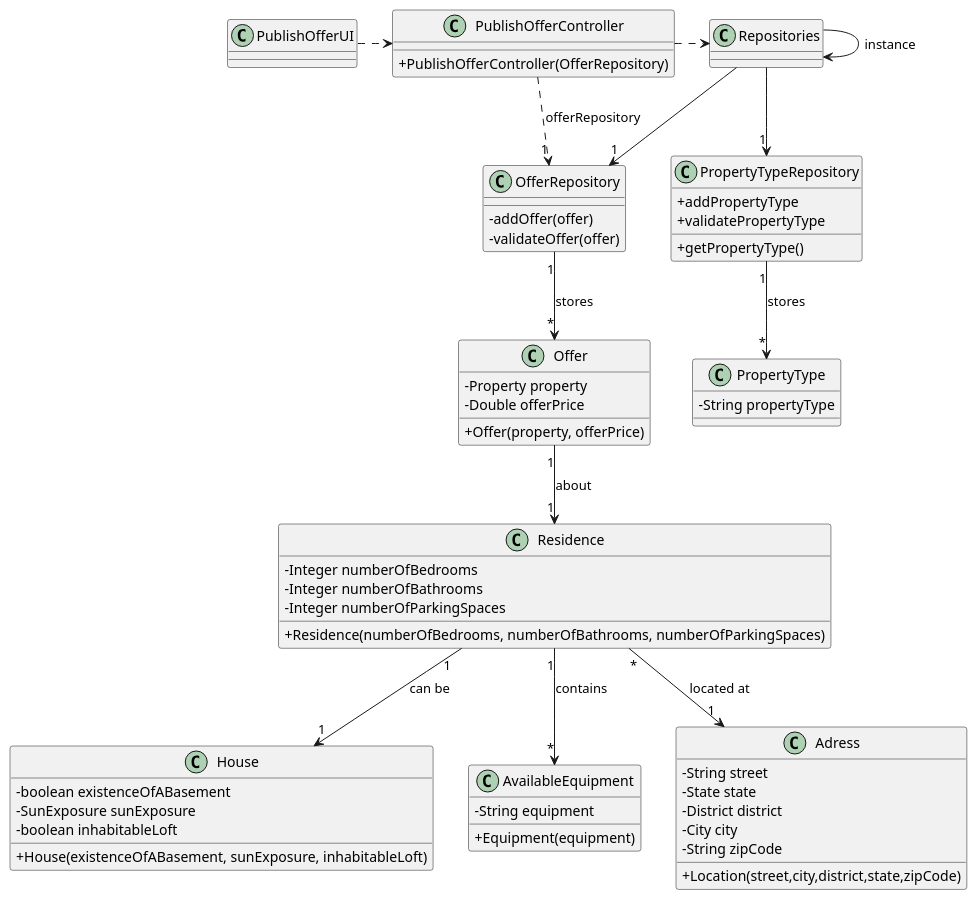
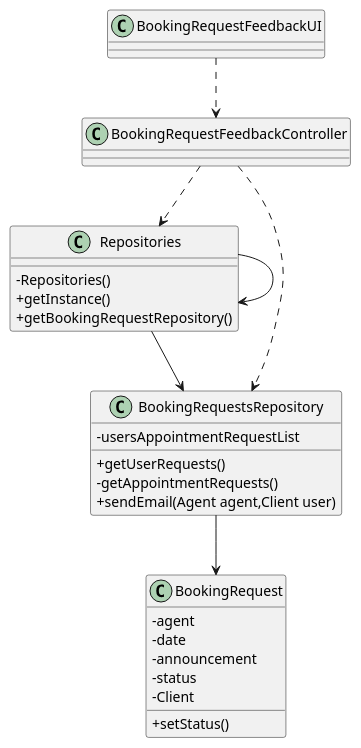
Before and after one commit to 1220812/LAPR2: the diagram in docs/sprintD/us020/03.design/puml/us020-class-diagram.puml, drawn with PlantUML. The commit also changed 4 other files, not shown here.

```diff
--- a/docs/sprintD/us020/03.design/puml/us020-class-diagram.puml
+++ b/docs/sprintD/us020/03.design/puml/us020-class-diagram.puml
@@ -1,88 +1,59 @@
 @startuml
 'skinparam monochrome true
 skinparam packageStyle rectangle
 skinparam shadowing false
 skinparam linetype polyline
 skinparam linetype orto
 
 skinparam classAttributeIconSize 0
 
 'left to right direction
 
-class Offer {
-    - Property property
-    - Double offerPrice
-    + Offer(property, offerPrice)
+
+class BookingRequestFeedbackController {
 }
 
-class OfferRepository {
-    - addOffer(offer)
-    - validateOffer(offer)
+
+class Repositories{
+    - Repositories()
+    + getInstance()
+    + getBookingRequestRepository()
 }
 
-class PublishOfferController {
-    + PublishOfferController(OfferRepository)
+class BookingRequestsRepository{
++getUserRequests()
+-getAppointmentRequests()
++sendEmail(Agent agent,Client user)
+-usersAppointmentRequestList
 }
-
-class Residence {
-    - Integer numberOfBedrooms
-    - Integer numberOfBathrooms
-    - Integer numberOfParkingSpaces
-    + Residence(numberOfBedrooms, numberOfBathrooms, numberOfParkingSpaces)
-}
-
-class House {
-    - boolean existenceOfABasement
-    - SunExposure sunExposure
-    - boolean inhabitableLoft
-    + House(existenceOfABasement, sunExposure, inhabitableLoft)
-}
-
-class AvailableEquipment {
-    - String equipment
-    + Equipment(equipment)
-}
-
-class Adress {
-    - String street
-    - State state
-    - District district
-    - City city
-    - String zipCode
-    + Location(street,city,district,state,zipCode)
-}
-
-class PropertyTypeRepository {
-    + addPropertyType
-    + validatePropertyType
-    + getPropertyType()
-}
-
-class Repositories {
-}
-
-class PropertyType {
-    - String propertyType
-}
-
-Repositories -> Repositories : instance
-
-PublishOfferUI .> PublishOfferController
-PublishOfferController .> Repositories
-
-Repositories --> "1" PropertyTypeRepository
-Repositories --> "1" OfferRepository
-
-PropertyTypeRepository "1" --> "*" PropertyType : stores
-OfferRepository "1" --> "*" Offer : stores
-
-PublishOfferController ..> "1" OfferRepository : offerRepository
-Residence "*" --> "1" Adress : located at
-
-Offer "1" --> "1" Residence : about
-Residence "1" --> "1" House : can be
-Residence "1" --> "*" AvailableEquipment : contains
 
 
 
+class BookingRequest{
+-agent
+-date
+-announcement
+-status
+-Client
++setStatus()
+}
+
+
+class BookingRequestFeedbackUI {
+}
+
+
+
+
+BookingRequestFeedbackUI ..> BookingRequestFeedbackController
+BookingRequestFeedbackController ..> Repositories
+Repositories-->BookingRequestsRepository
+
+BookingRequestsRepository-->BookingRequest
+Repositories-->Repositories
+
+
+BookingRequestFeedbackController..>BookingRequestsRepository
+
+
 @enduml
```
